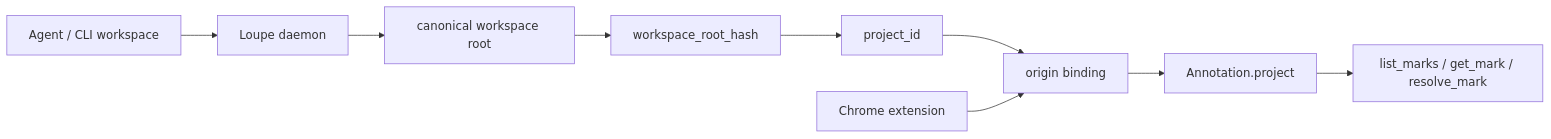
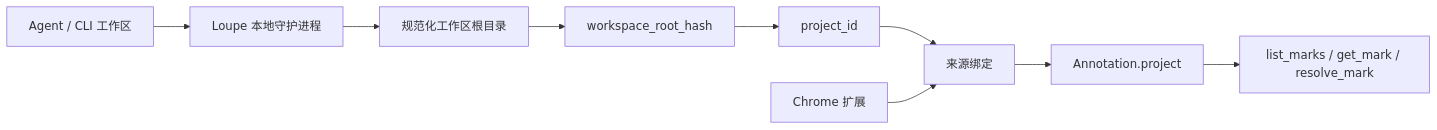
One commit to Yeman-sker/Loupe changed the first of 2 diagrams in docs/adp-20260602-loupe-workspace-backed-project-identity.md. Above: the diagram before and after it, drawn with Mermaid. The commit also changed other lines of this file, not shown here.

Commit message:
docs: localize project identity ADP

````diff
--- a/docs/adp-20260602-loupe-workspace-backed-project-identity.md
+++ b/docs/adp-20260602-loupe-workspace-backed-project-identity.md
@@ -31,11 +31,11 @@
 ```mermaid
 flowchart LR
-  Agent["Agent / CLI workspace"] --> D["Loupe daemon"]
-  D --> Root["canonical workspace root"]
+  Agent["Agent / CLI 工作区"] --> D["Loupe 本地守护进程"]
+  D --> Root["规范化工作区根目录"]
   Root --> Hash["workspace_root_hash"]
   Hash --> Project["project_id"]
-  Project --> Binding["origin binding"]
-  Ext["Chrome extension"] --> Binding
+  Project --> Binding["来源绑定"]
+  Ext["Chrome 扩展"] --> Binding
   Binding --> Mark["Annotation.project"]
   Mark --> MCP["list_marks / get_mark / resolve_mark"]
 ```
````
